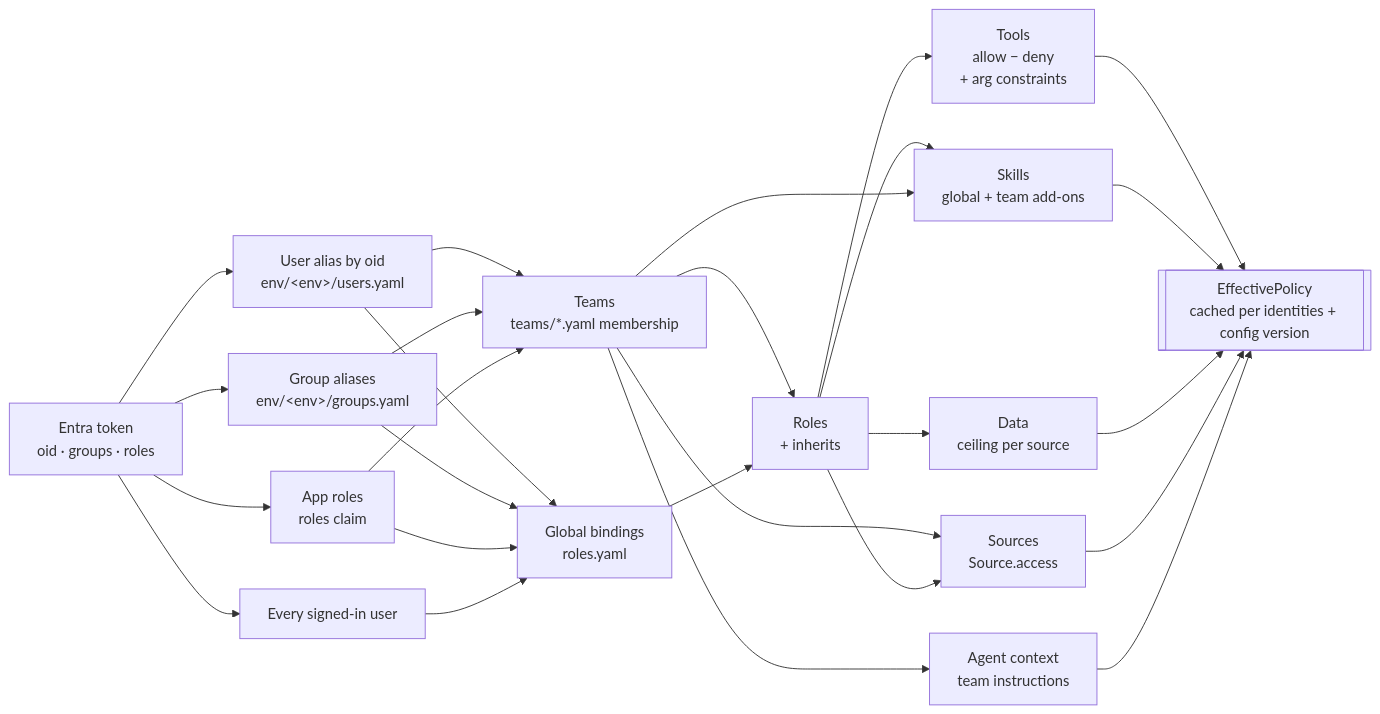
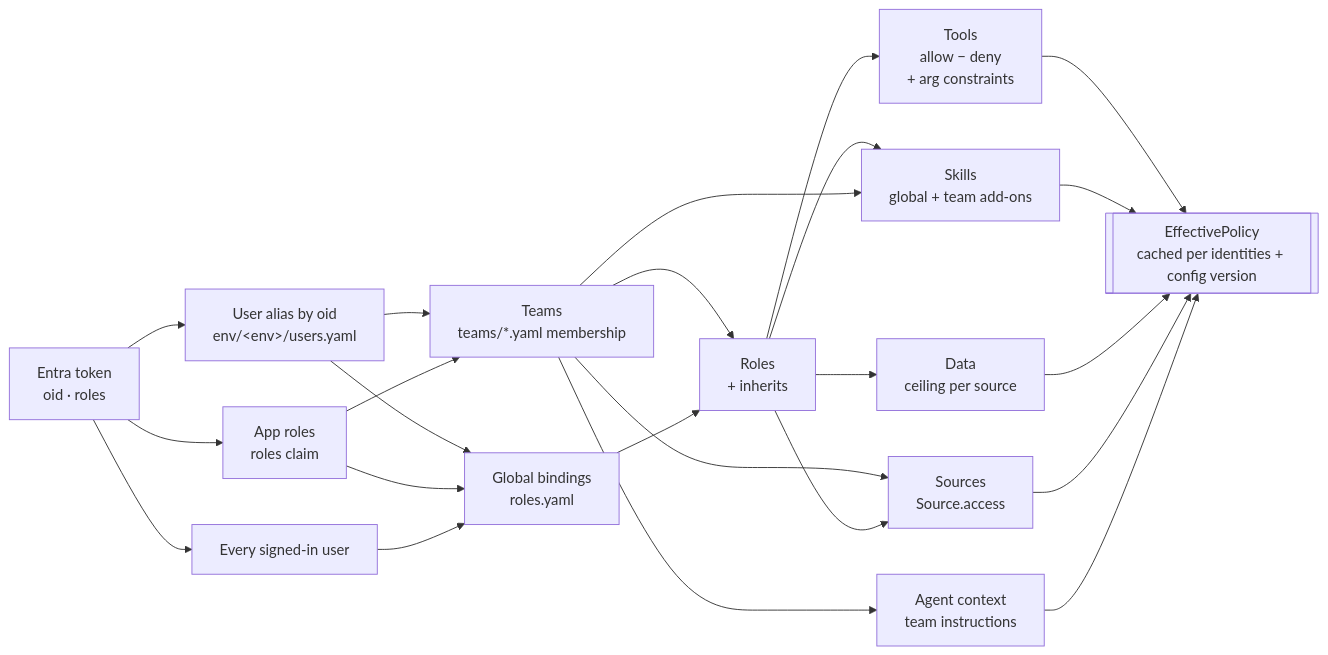
Before and after one commit to shaheenks/agentic-sdlc-core: the third of 7 diagrams in docs/ARCHITECTURE.md, drawn with Mermaid. The commit also changed other lines of this file and 119 other files, not shown here.

First line of the commit message:
CH-0011: membership from app roles only (FR-IDN-002, FR-AUTHZ-005, FR-CFG-002, FR-IDN-003, NFR-PORT-001, NFR-PRIV-003, NFR-SEC-004)

````diff
--- a/docs/ARCHITECTURE.md
+++ b/docs/ARCHITECTURE.md
@@ -178,24 +178,21 @@
 ```mermaid
 flowchart LR
-    T[Entra token<br/>oid · groups · roles] --> GA[Group aliases<br/>env/&lt;env&gt;/groups.yaml]
-    T --> AR[App roles<br/>roles claim]
+    T[Entra token<br/>oid · roles] --> AR[App roles<br/>roles claim]
     T --> EV[Every signed-in user]
     T --> UA[User alias by oid<br/>env/&lt;env&gt;/users.yaml]
     UA --> TM
     UA --> GB
-    GA --> TM[Teams<br/>teams/*.yaml membership]
-    AR --> TM
-    GA --> GB[Global bindings<br/>roles.yaml]
-    AR --> GB
+    AR --> TM[Teams<br/>teams/*.yaml membership]
+    AR --> GB[Global bindings<br/>roles.yaml]
     EV --> GB
     TM --> R[Roles<br/>+ inherits]
     GB --> R
     R --> TL[Tools<br/>allow − deny<br/>+ arg constraints]
     R --> SKL[Skills<br/>global + team add-ons]
     TM --> SKL
     R --> DT[Data<br/>ceiling per source]
     TM --> SRCS[Sources<br/>Source.access]
     R --> SRCS
     TM --> CTX[Agent context<br/>team instructions]
     TL & SKL & DT & SRCS & CTX --> EP[[EffectivePolicy<br/>cached per identities + config version]]
 ```
````
